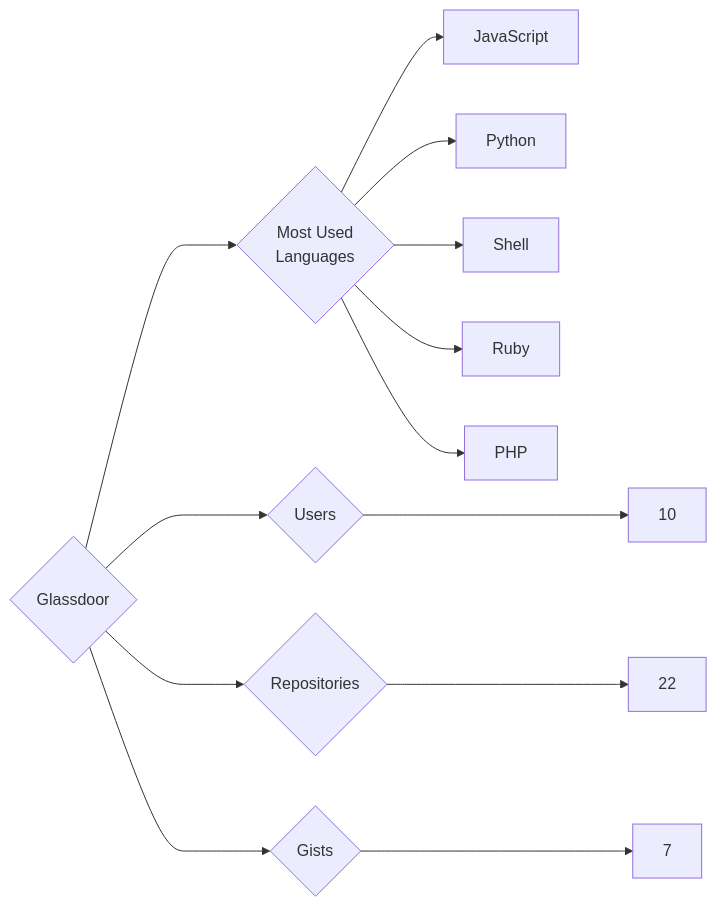
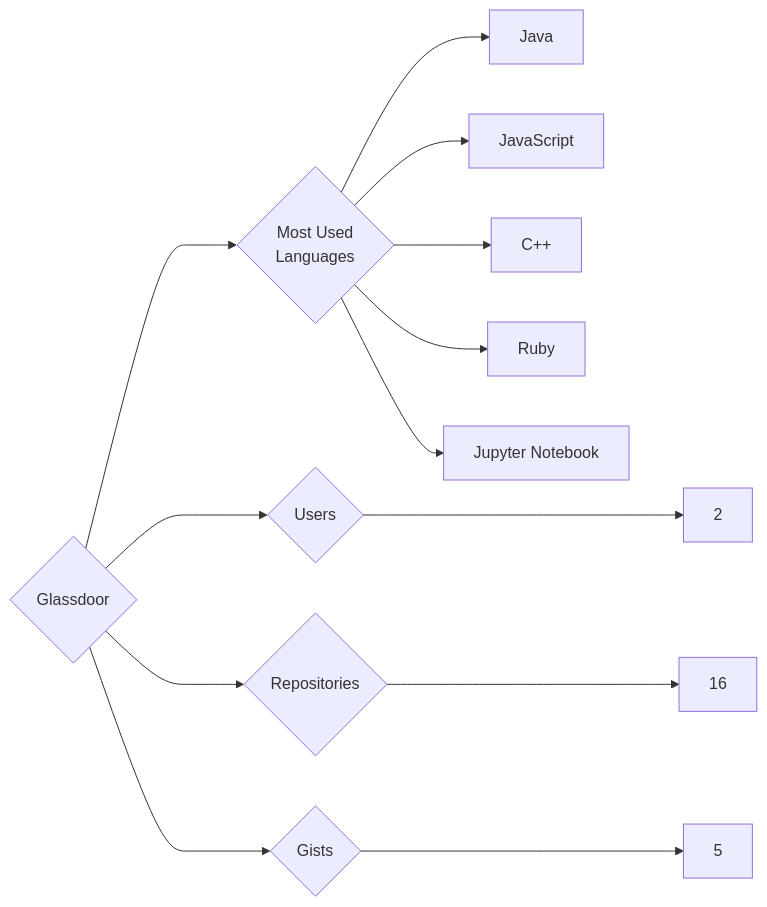
One commit to trickest/insiders changed the diagram in targets/Glassdoor/README.md. Above: the diagram before and after it, drawn with Mermaid. The commit also changed 998 other files, not shown here.

````diff
--- a/targets/Glassdoor/README.md
+++ b/targets/Glassdoor/README.md
@@ -3,13 +3,13 @@
 ```mermaid
 graph LR
 COMPANY_NAME{Glassdoor}
-COMPANY_NAME ---> U{Users} ---> UN[10]
-COMPANY_NAME ---> R{Repositories} ---> RN[22]
-COMPANY_NAME ---> G{Gists} ---> GN[7]
+COMPANY_NAME ---> U{Users} ---> UN[2]
+COMPANY_NAME ---> R{Repositories} ---> RN[16]
+COMPANY_NAME ---> G{Gists} ---> GN[5]
 COMPANY_NAME ---> ML{Most Used<br>Languages}
+ML --> Java[Java]
 ML --> JavaScript[JavaScript]
-ML --> Python[Python]
-ML --> Shell[Shell]
+ML --> C++[C++]
 ML --> Ruby[Ruby]
-ML --> PHP[PHP]
+ML --> Jupyter_Notebook[Jupyter Notebook]
 ```
````
